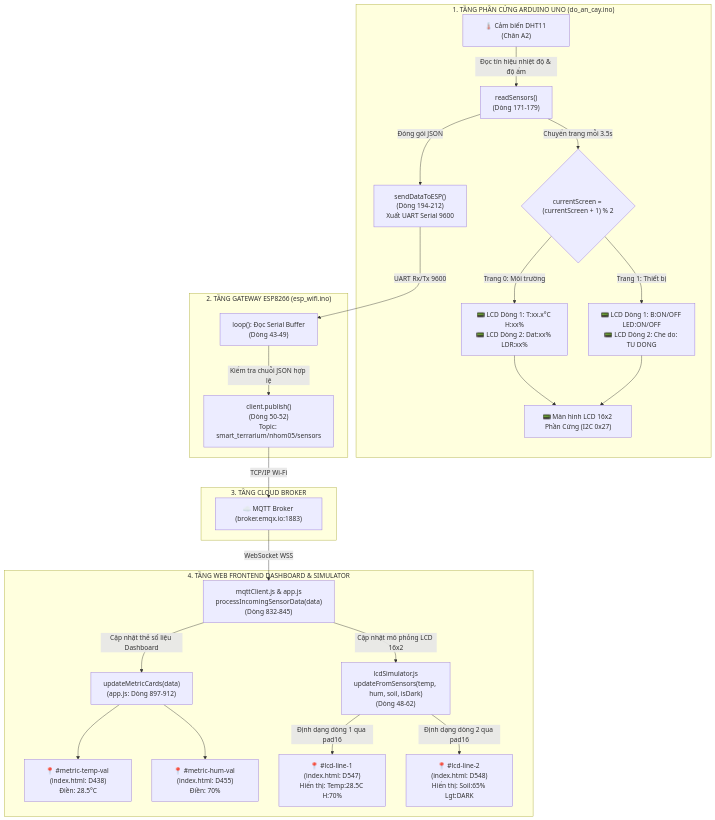
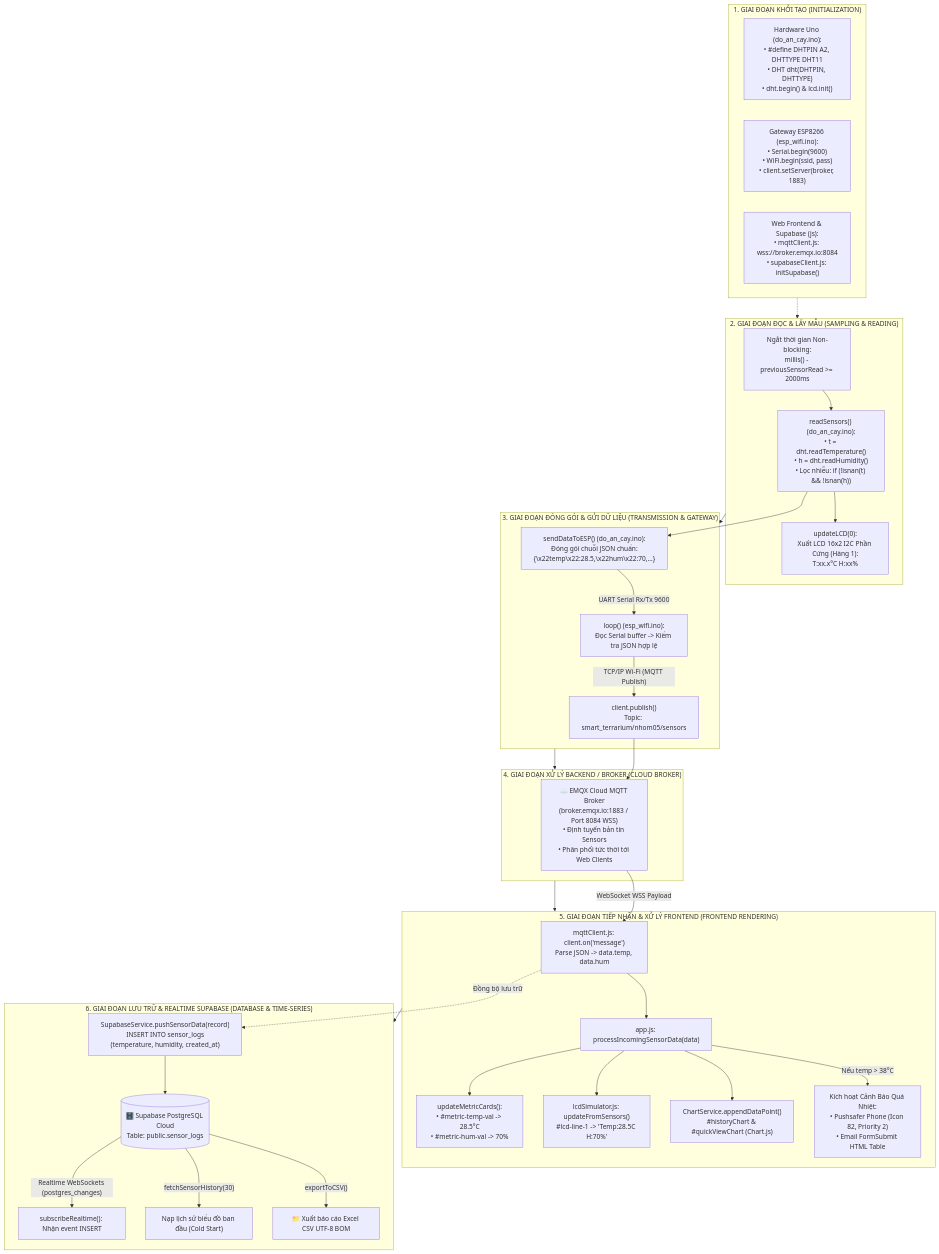
The first of 9 diagrams in BAO_CAO_FLOW_CODE.md (vothuctri/web_vlcntt), drawn with Mermaid before and after one commit. The commit also changed other lines of this file, not shown here.

````diff
--- a/BAO_CAO_FLOW_CODE.md
+++ b/BAO_CAO_FLOW_CODE.md
@@ -60,36 +47,48 @@
 ```mermaid
 flowchart TD
-    subgraph HARDWARE_UNO ["1. TẦNG PHẦN CỨNG ARDUINO UNO (do_an_cay.ino)"]
-        DHT["🌡️ Cảm biến DHT11 (Chân A2)"] -->|"Đọc tín hiệu nhiệt độ & độ ẩm"| UNO_READ["readSensors()<br>(Dòng 171-179)"]
-        
-        UNO_READ -->|"Chuyển trang mỗi 3.5s"| LCD_PAGE{"currentScreen = (currentScreen + 1) % 2"}
-        LCD_PAGE -->|"Trang 0: Môi trường"| LCD_P0["📟 LCD Dòng 1: T:xx.x°C H:xx%<br>📟 LCD Dòng 2: Dat:xx% LDR:xx%"]
-        LCD_PAGE -->|"Trang 1: Thiết bị"| LCD_P1["📟 LCD Dòng 1: B:ON/OFF LED:ON/OFF<br>📟 LCD Dòng 2: Che do: TU DONG"]
-        
-        LCD_P0 --> LCD_HW["📟 Màn hình LCD 16x2 Phần Cứng (I2C 0x27)"]
-        LCD_P1 --> LCD_HW
-
-        UNO_READ -->|"Đóng gói JSON"| UNO_SEND["sendDataToESP()<br>(Dòng 194-212)<br>Xuất UART Serial 9600"]
+    subgraph STAGE1 ["1. GIAI ĐOẠN KHỞI TẠO (INITIALIZATION)"]
+        HW_INIT["Hardware Uno (do_an_cay.ino):<br>• #define DHTPIN A2, DHTTYPE DHT11<br>• DHT dht(DHTPIN, DHTTYPE)<br>• dht.begin() & lcd.init()"]
+        ESP_INIT["Gateway ESP8266 (esp_wifi.ino):<br>• Serial.begin(9600)<br>• WiFi.begin(ssid, pass)<br>• client.setServer(broker, 1883)"]
+        WEB_INIT["Web Frontend & Supabase (js):<br>• mqttClient.js: wss://broker.emqx.io:8084<br>• supabaseClient.js: initSupabase()"]
     end
 
-    subgraph GATEWAY_ESP ["2. TẦNG GATEWAY ESP8266 (esp_wifi.ino)"]
-        UNO_SEND -->|"UART Rx/Tx 9600"| ESP_READ["loop(): Đọc Serial Buffer<br>(Dòng 43-49)"]
-        ESP_READ -->|"Kiểm tra chuỗi JSON hợp lệ"| ESP_PUB["client.publish()<br>(Dòng 50-52)<br>Topic: smart_terrarium/nhom05/sensors"]
+    subgraph STAGE2 ["2. GIAI ĐOẠN ĐỌC & LẤY MẪU (SAMPLING & READING)"]
+        TIMER["Ngắt thời gian Non-blocking:<br>millis() - previousSensorRead >= 2000ms"] --> READ_DHT["readSensors() (do_an_cay.ino):<br>• t = dht.readTemperature()<br>• h = dht.readHumidity()<br>• Lọc nhiễu: if (!isnan(t) && !isnan(h))"]
+        READ_DHT --> LCD_LOCAL["updateLCD(0):<br>Xuất LCD 16x2 I2C Phần Cứng (Hàng 1):<br>T:xx.x°C H:xx%"]
     end
 
-    subgraph CLOUD_BROKER ["3. TẦNG CLOUD BROKER"]
-        ESP_PUB -->|"TCP/IP Wi-Fi"| BROKER["☁️ MQTT Broker (broker.emqx.io:1883)"]
+    subgraph STAGE3 ["3. GIAI ĐOẠN ĐÓNG GÓI & GỬI DỮ LIỆU (TRANSMISSION & GATEWAY)"]
+        READ_DHT --> PKG_JSON["sendDataToESP() (do_an_cay.ino):<br>Đóng gói chuỗi JSON chuẩn:<br>{\x22temp\x22:28.5,\x22hum\x22:70,...}\n"]
+        PKG_JSON -->|"UART Serial Rx/Tx 9600"| ESP_RECV["loop() (esp_wifi.ino):<br>Đọc Serial buffer -> Kiểm tra JSON hợp lệ"]
+        ESP_RECV -->|"TCP/IP Wi-Fi (MQTT Publish)"| ESP_SEND["client.publish()<br>Topic: smart_terrarium/nhom05/sensors"]
     end
 
-    subgraph WEB_DASHBOARD ["4. TẦNG WEB FRONTEND DASHBOARD & SIMULATOR"]
-        BROKER -->|"WebSocket WSS"| WEB_RECV["mqttClient.js & app.js<br>processIncomingSensorData(data)<br>(Dòng 832-845)"]
+    subgraph STAGE4 ["4. GIAI ĐOẠN XỬ LÝ BACKEND / BROKER (CLOUD BROKER)"]
+        ESP_SEND --> CLOUD_MQTT["☁️ EMQX Cloud MQTT Broker<br>(broker.emqx.io:1883 / Port 8084 WSS)<br>• Định tuyến bản tin Sensors<br>• Phân phối tức thời tới Web Clients"]
+    end
+
+    subgraph STAGE5 ["5. GIAI ĐOẠN TIẾP NHẬN & XỬ LÝ FRONTEND (FRONTEND RENDERING)"]
+        CLOUD_MQTT -->|"WebSocket WSS Payload"| JS_ONMSG["mqttClient.js: client.on('message')<br>Parse JSON -> data.temp, data.hum"]
+        JS_ONMSG --> APP_PROC["app.js: processIncomingSensorData(data)"]
         
-        WEB_RECV -->|"Cập nhật thẻ số liệu Dashboard"| WEB_METRIC["updateMetricCards(data)<br>(app.js: Dòng 897-912)"]
-        WEB_METRIC --> DOM_TEMP["📍 #metric-temp-val (index.html: D438)<br>Điền: 28.5°C"]
-        WEB_METRIC --> DOM_HUM["📍 #metric-hum-val (index.html: D455)<br>Điền: 70%"]
+        APP_PROC --> DOM_CARDS["updateMetricCards():<br>• #metric-temp-val -> 28.5°C<br>• #metric-hum-val -> 70%"]
+        APP_PROC --> LCD_SIM["lcdSimulator.js: updateFromSensors()<br>#lcd-line-1 -> 'Temp:28.5C H:70%'"]
+        APP_PROC --> CHARTS["ChartService.appendDataPoint()<br>#historyChart & #quickViewChart (Chart.js)"]
+        
+        APP_PROC -->|"Nếu temp > 38°C"| ALARM["Kích hoạt Cảnh Báo Quá Nhiệt:<br>• Pushsafer Phone (Icon 82, Priority 2)<br>• Email FormSubmit HTML Table"]
+    end
 
-        WEB_RECV -->|"Cập nhật mô phỏng LCD 16x2"| LCD_SIM["lcdSimulator.js<br>updateFromSensors(temp, hum, soil, isDark)<br>(Dòng 48-62)"]
-        LCD_SIM -->|"Định dạng dòng 1 qua pad16"| DOM_LCD1["📍 #lcd-line-1 (index.html: D547)<br>Hiển thị: Temp:28.5C H:70%"]
-        LCD_SIM -->|"Định dạng dòng 2 qua pad16"| DOM_LCD2["📍 #lcd-line-2 (index.html: D548)<br>Hiển thị: Soil:65% Lgt:DARK"]
+    subgraph STAGE6 ["6. GIAI ĐOẠN LƯU TRỮ & REALTIME SUPABASE (DATABASE & TIME-SERIES)"]
+        JS_ONMSG -.->|"Đồng bộ lưu trữ"| SP_INSERT["SupabaseService.pushSensorData(record)<br>INSERT INTO sensor_logs<br>(temperature, humidity, created_at)"]
+        SP_INSERT --> PG_DB[("🗄️ Supabase PostgreSQL Cloud<br>Table: public.sensor_logs")]
+        PG_DB -->|"Realtime WebSockets (postgres_changes)"| SP_SUB["subscribeRealtime(): Nhận event INSERT"]
+        PG_DB -->|"fetchSensorHistory(30)"| SP_HIST["Nạp lịch sử biểu đồ ban đầu (Cold Start)"]
+        PG_DB -->|"exportToCSV()"| CSV_FILE["📁 Xuất báo cáo Excel CSV UTF-8 BOM"]
     end
+
+    STAGE1 -.-> STAGE2
+    STAGE2 --> STAGE3
+    STAGE3 --> STAGE4
+    STAGE4 --> STAGE5
+    STAGE5 --> STAGE6
 ```
````
